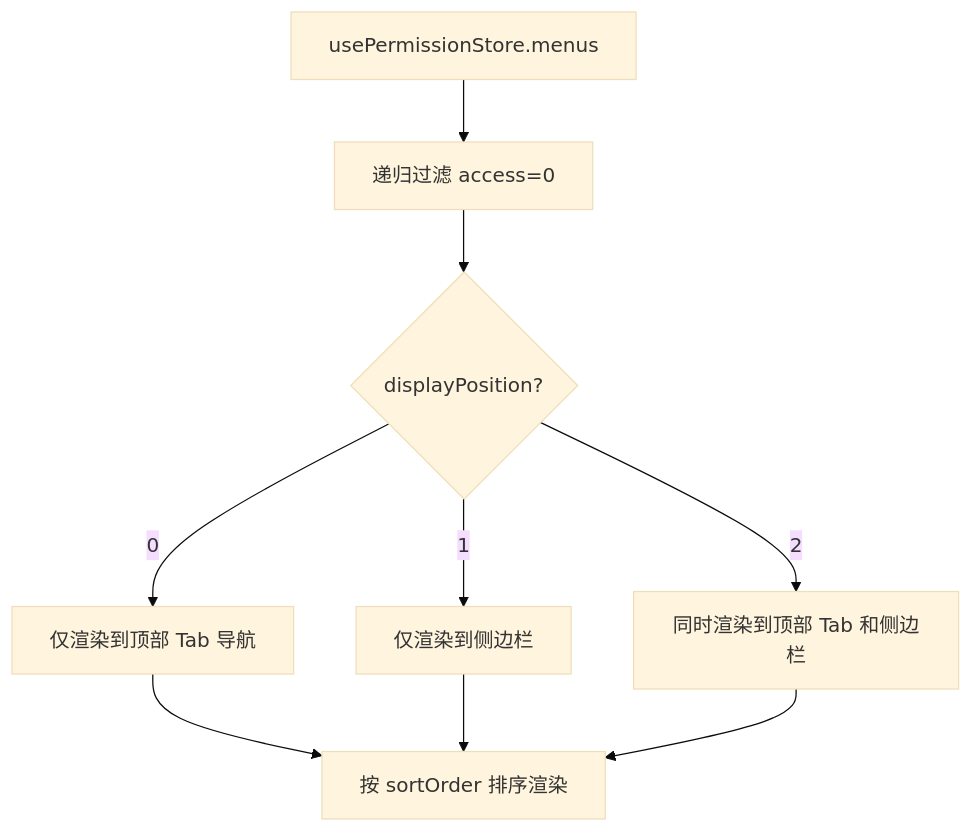
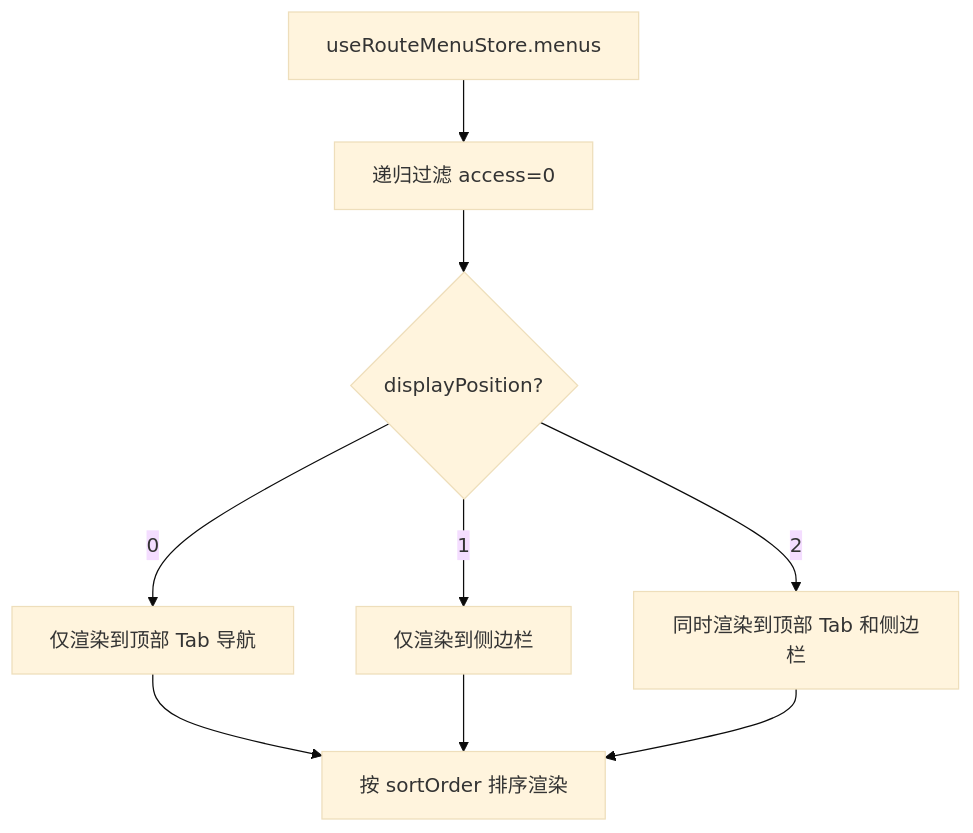
One commit to TomorrowLM/lm-document changed the eighth of 9 diagrams in document/技术方案/路由生成插件与权限控制技术方案.md. Above: the diagram before and after it, drawn with Mermaid (base theme). The commit also changed other lines of this file and 13 other files, not shown here.

````diff
--- a/document/技术方案/路由生成插件与权限控制技术方案.md
+++ b/document/技术方案/路由生成插件与权限控制技术方案.md
@@ -1529,11 +512,11 @@
 ```mermaid
 graph TD
-    A["usePermissionStore.menus"] --> B["递归过滤 access=0"]
+    A["useRouteMenuStore.menus"] --> B["递归过滤 access=0"]
     B --> C{"displayPosition?"}
     C -->|"0"| D["仅渲染到顶部 Tab 导航"]
     C -->|"1"| E["仅渲染到侧边栏"]
     C -->|"2"| F["同时渲染到顶部 Tab 和侧边栏"]
     D --> G["按 sortOrder 排序渲染"]
     E --> G
     F --> G
 ```
````
